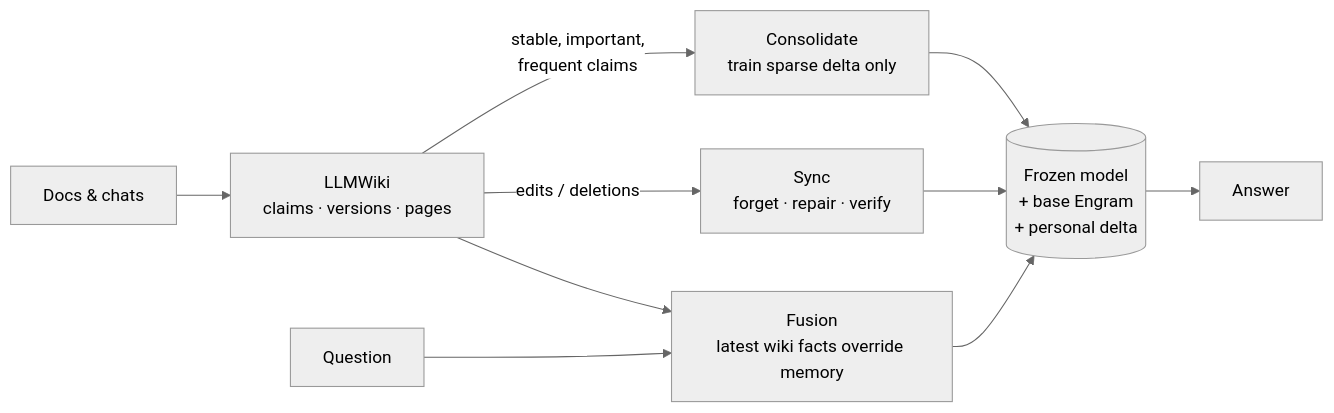
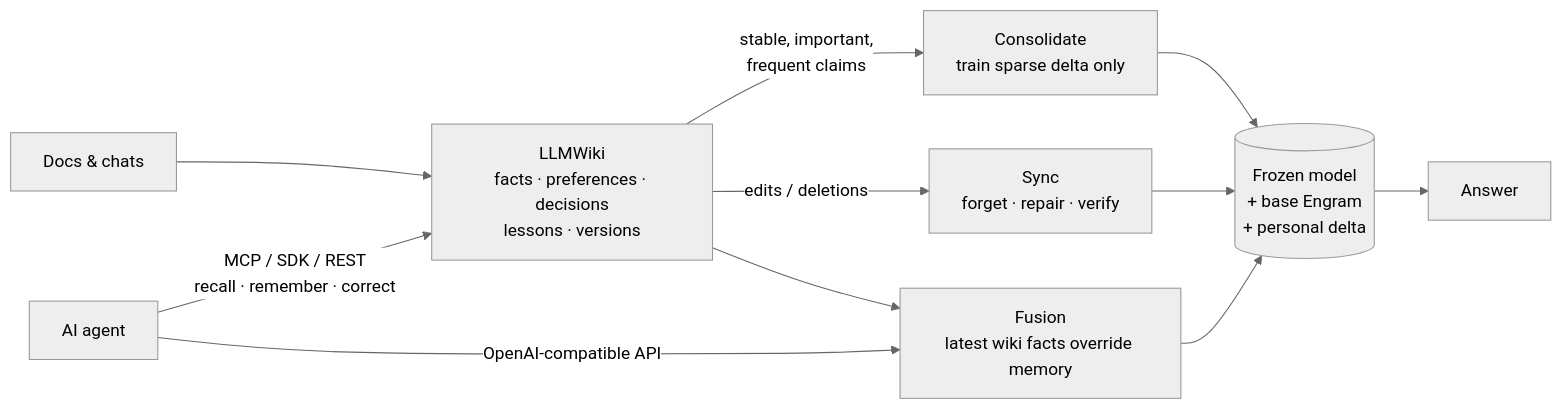
The diagram in README.md (Zihao-Wu06/WikiEngram), drawn with Mermaid (neutral theme) before and after one commit. The commit also changed other lines of this file and 166 other files, not shown here.

````diff
--- a/README.md
+++ b/README.md
@@ -35,9 +48,11 @@
 ```mermaid
 flowchart LR
-    IN[Docs & chats] --> W[LLMWiki<br/>claims · versions · pages]
+    IN[Docs & chats] --> W[LLMWiki<br/>facts · preferences · decisions<br/>lessons · versions]
+    AG[AI agent] -- "MCP / SDK / REST<br/>recall · remember · correct" --> W
+    AG -- "OpenAI-compatible API" --> F
     W -- stable, important,<br/>frequent claims --> C[Consolidate<br/>train sparse delta only]
     C --> M[(Frozen model<br/>+ base Engram<br/>+ personal delta)]
     W -- edits / deletions --> S[Sync<br/>forget · repair · verify] --> M
-    Q[Question] --> F[Fusion<br/>latest wiki facts override memory] --> M --> A[Answer]
+    F[Fusion<br/>latest wiki facts override memory] --> M --> A[Answer]
     W --> F
 ```
````
